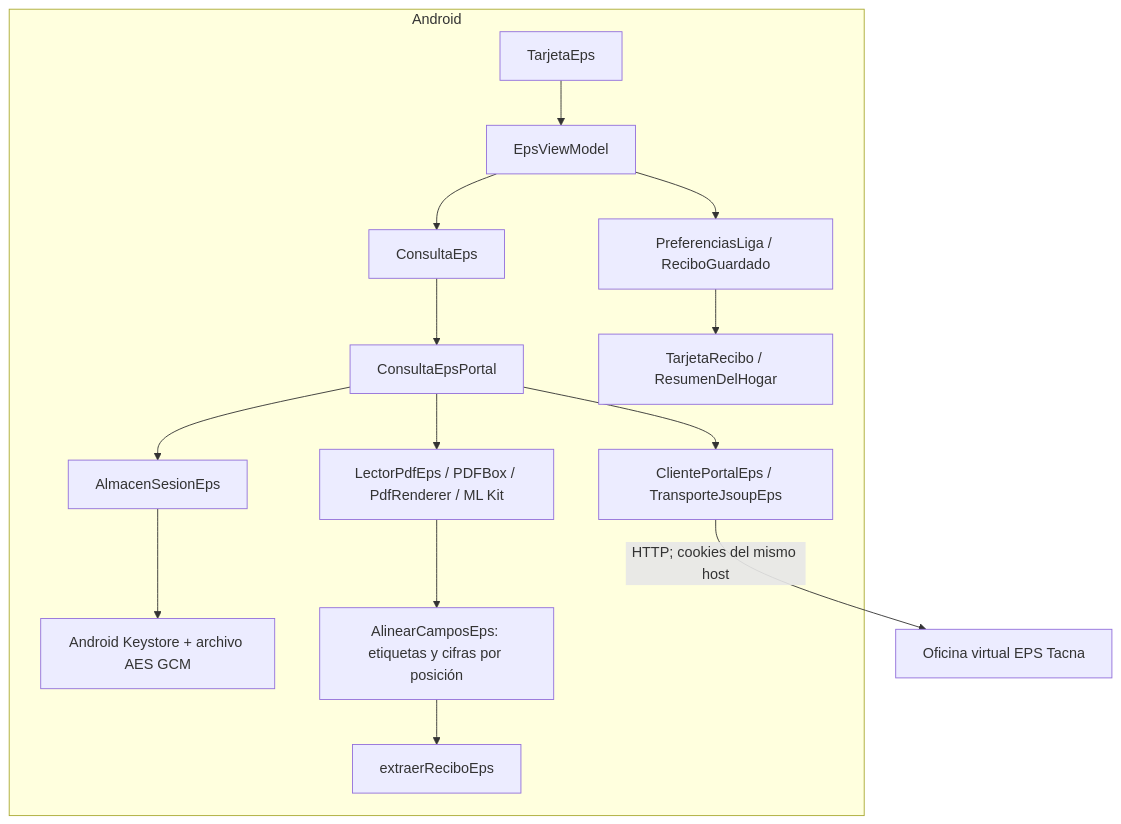
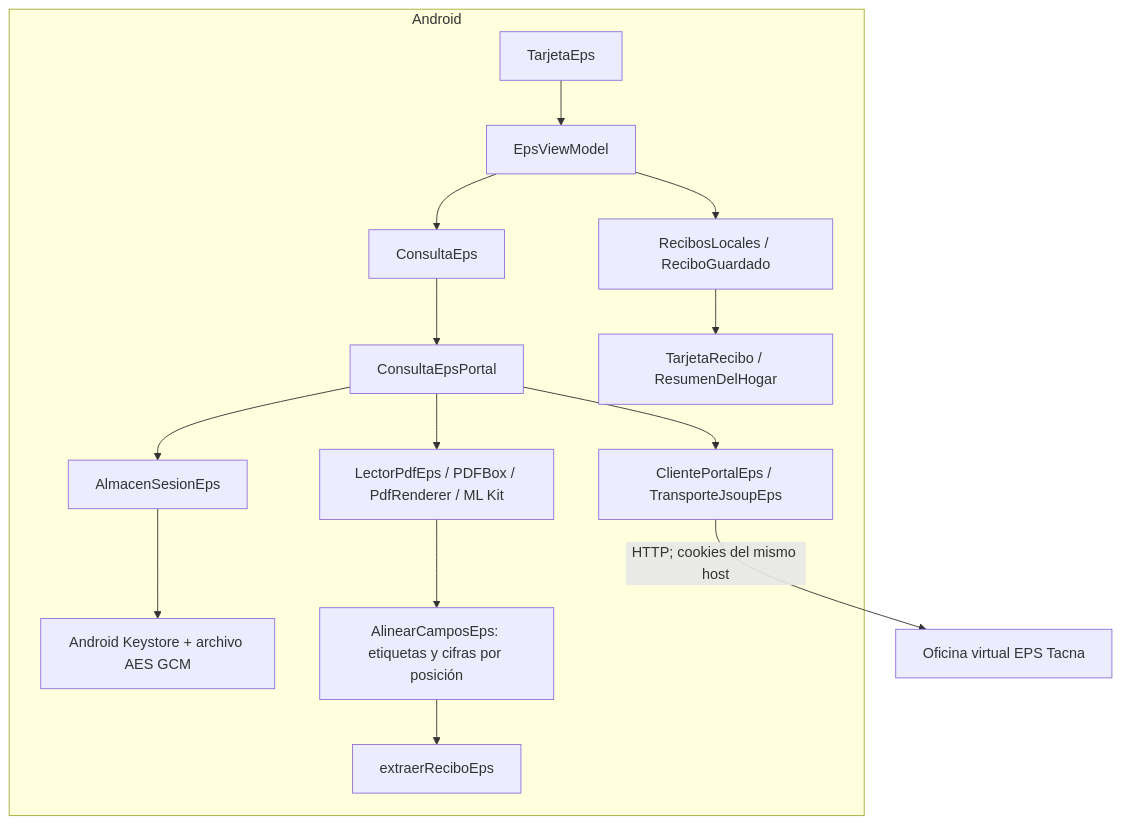
Diagram 22 of 22 in informes/FD04-SAD.md (Cristhian465/Aguarda), drawn with Mermaid before and after one commit. The commit also changed other lines of this file and 33 other files, not shown here.

Commit message:
Añadir Inicio azul y separar Recibos EPS de Liga del Agua

````diff
--- a/informes/FD04-SAD.md
+++ b/informes/FD04-SAD.md
@@ -929,17 +929,17 @@
 ```mermaid
 flowchart TB
     subgraph Android
       UI[TarjetaEps] --> VM[EpsViewModel]
       VM --> I[ConsultaEps]
       I --> R[ConsultaEpsPortal]
       R --> H[ClientePortalEps / TransporteJsoupEps]
       R --> A[AlmacenSesionEps]
       A --> K[Android Keystore + archivo AES GCM]
       R --> P[LectorPdfEps / PDFBox / PdfRenderer / ML Kit]
       P --> ALC[AlinearCamposEps: etiquetas y cifras por posición]
       ALC --> D[extraerReciboEps]
-      VM --> L[PreferenciasLiga / ReciboGuardado]
+      VM --> L[RecibosLocales / ReciboGuardado]
       L --> T[TarjetaRecibo / ResumenDelHogar]
     end
     H -->|HTTP; cookies del mismo host| EPS[Oficina virtual EPS Tacna]
 ```
````
